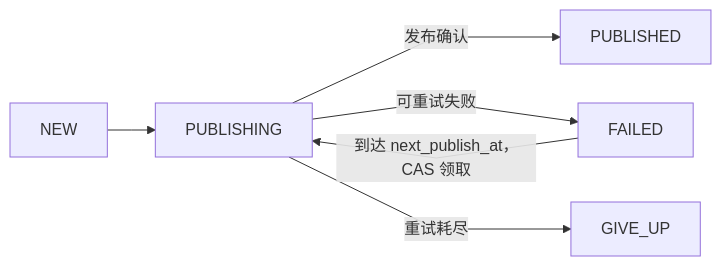
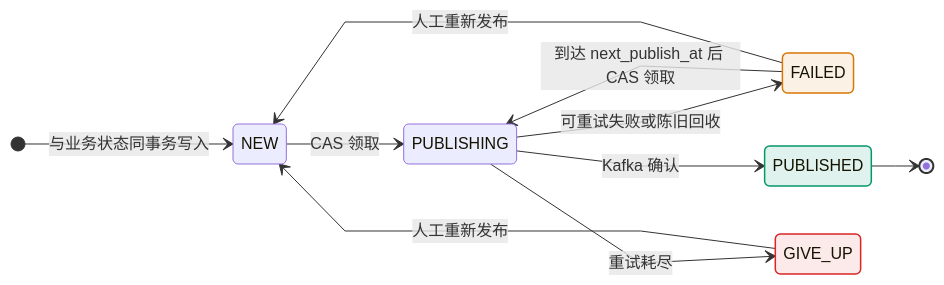
One commit to pinpols/file-batch-system changed the second of 3 diagrams in docs/design/status-state-machines.md. Above: the diagram before and after it, drawn with Mermaid. The commit also changed other lines of this file and 11 other files, not shown here.

First line of the commit message:
docs(diagram): P2 文档图按图例统一并按源码核对状态机 (#1383)

````diff
--- a/docs/design/status-state-machines.md
+++ b/docs/design/status-state-machines.md
@@ -111,9 +111,21 @@
 ```mermaid
 %%{init: {"flowchart":{"curve":"linear","nodeSpacing":32,"rankSpacing":48},"sequence":{"mirrorActors":false}}}%%
-flowchart LR
-  N[NEW] --> P[PUBLISHING]
-  P -->|发布确认| D[PUBLISHED]
-  P -->|可重试失败| F[FAILED]
-  F -->|到达 next_publish_at，CAS 领取| P
-  P -->|重试耗尽| G[GIVE_UP]
+stateDiagram-v2
+  direction LR
+  [*] --> NEW: 与业务状态同事务写入
+  NEW --> PUBLISHING: CAS 领取
+  FAILED --> PUBLISHING: 到达 next_publish_at 后 CAS 领取
+  PUBLISHING --> PUBLISHED: Kafka 确认
+  PUBLISHING --> FAILED: 可重试失败或陈旧回收
+  PUBLISHING --> GIVE_UP: 重试耗尽
+  FAILED --> NEW: 人工重新发布
+  GIVE_UP --> NEW: 人工重新发布
+  PUBLISHED --> [*]
+  class PUBLISHED ok
+  class GIVE_UP fail
+  class FAILED wait
+  classDef ok fill:#0596691f,stroke:#059669,stroke-width:1.5px
+  classDef fail fill:#dc26261a,stroke:#dc2626,stroke-width:1.5px
+  classDef wait fill:#d977061a,stroke:#d97706,stroke-width:1.5px
+  classDef muted fill:#64748b14,stroke:#64748b,stroke-width:1.2px,stroke-dasharray:4 3
 ```
````
